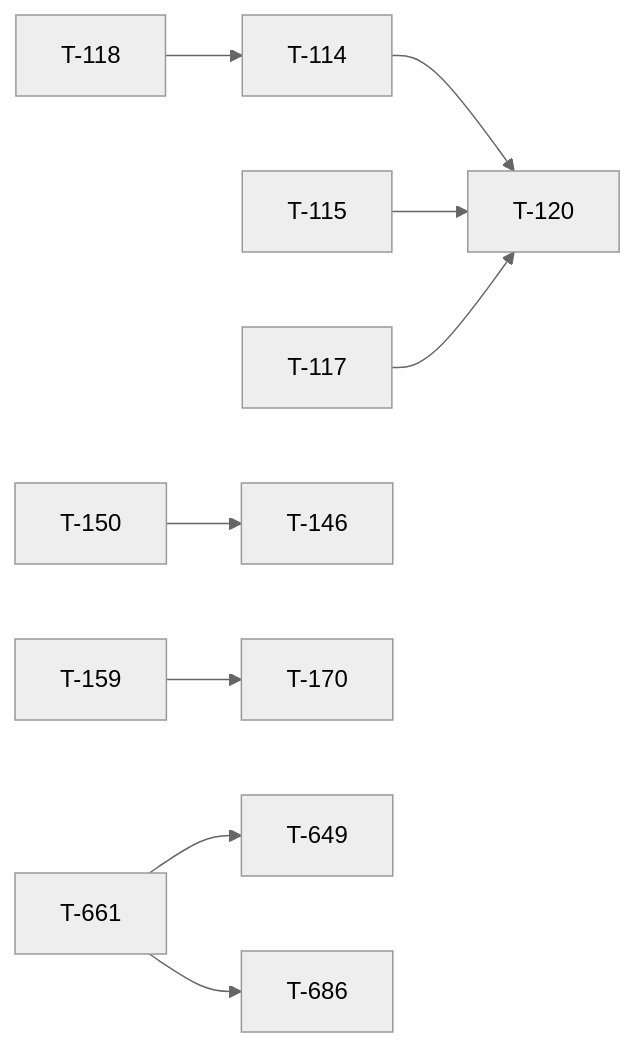
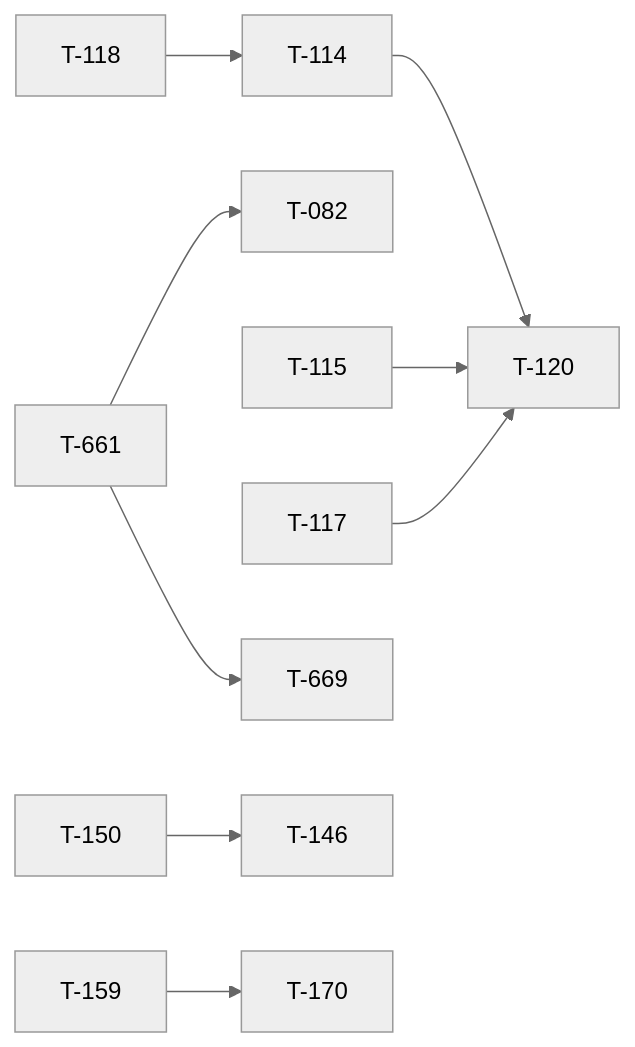
Before and after one commit to darkforce09/TBD-reforger: the diagram in docs/TICKET_LEAD.md, drawn with Mermaid (neutral theme). The commit also changed other lines of this file and 8 other files, not shown here.

````diff
--- a/docs/TICKET_LEAD.md
+++ b/docs/TICKET_LEAD.md
@@ -28,11 +28,11 @@
 ```mermaid
 flowchart LR
+  T661[T-661] --> T082[T-082]
   T118[T-118] --> T114[T-114]
   T114[T-114] --> T120[T-120]
   T115[T-115] --> T120[T-120]
   T117[T-117] --> T120[T-120]
   T150[T-150] --> T146[T-146]
   T159[T-159] --> T170[T-170]
-  T661[T-661] --> T649[T-649]
-  T661[T-661] --> T686[T-686]
+  T661[T-661] --> T669[T-669]
 ```
````
